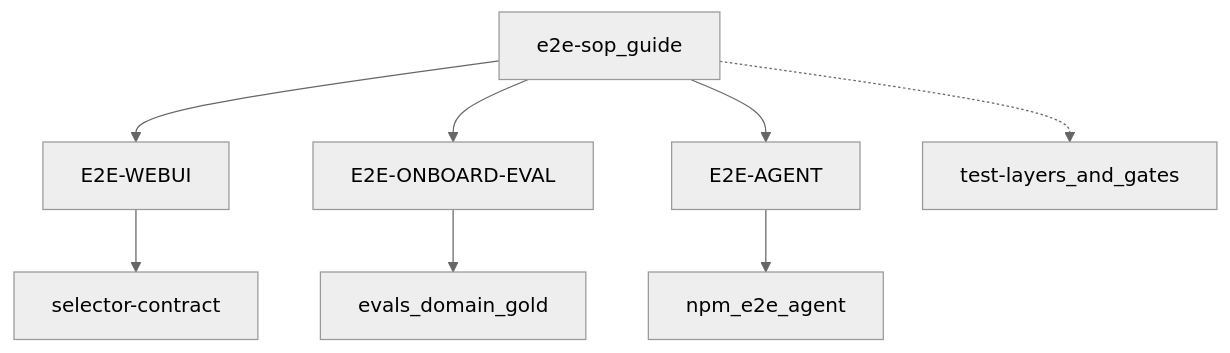
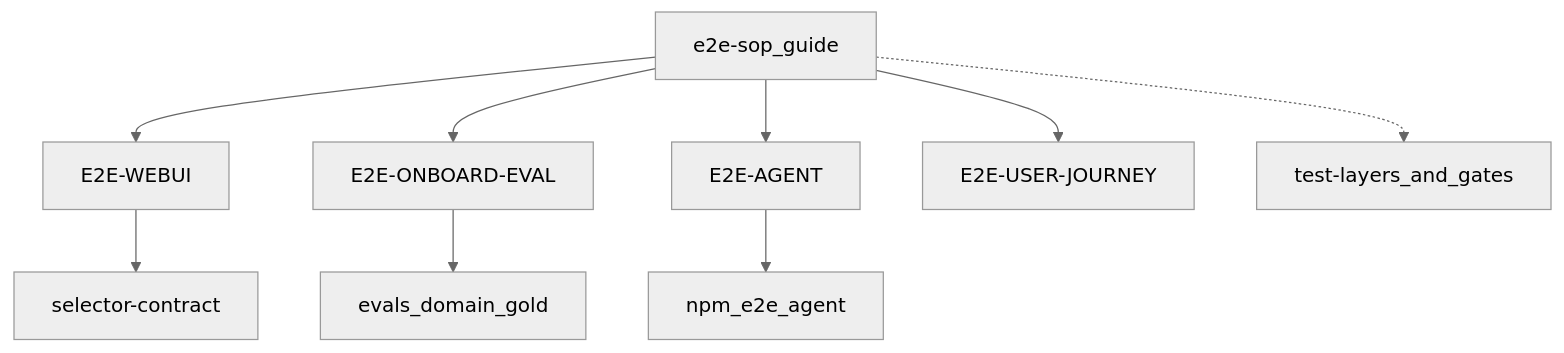
Before and after one commit to Forrest219/project-lucy: the diagram in docs/qa/e2e-sop.md, drawn with Mermaid (neutral theme). The commit also changed other lines of this file and 62 other files, not shown here.

````diff
--- a/docs/qa/e2e-sop.md
+++ b/docs/qa/e2e-sop.md
@@ -60,12 +61,13 @@
 ```mermaid
 flowchart TB
   guide[e2e-sop_guide]
   guide --> webui[E2E-WEBUI]
   guide --> onboard[E2E-ONBOARD-EVAL]
   guide --> agent[E2E-AGENT]
+  guide --> journey[E2E-USER-JOURNEY]
   layers[test-layers_and_gates]
   guide -.-> layers
   webui --> selector[selector-contract]
   onboard --> evals[evals_domain_gold]
   agent --> npmCmd[npm_e2e_agent]
 ```
````
